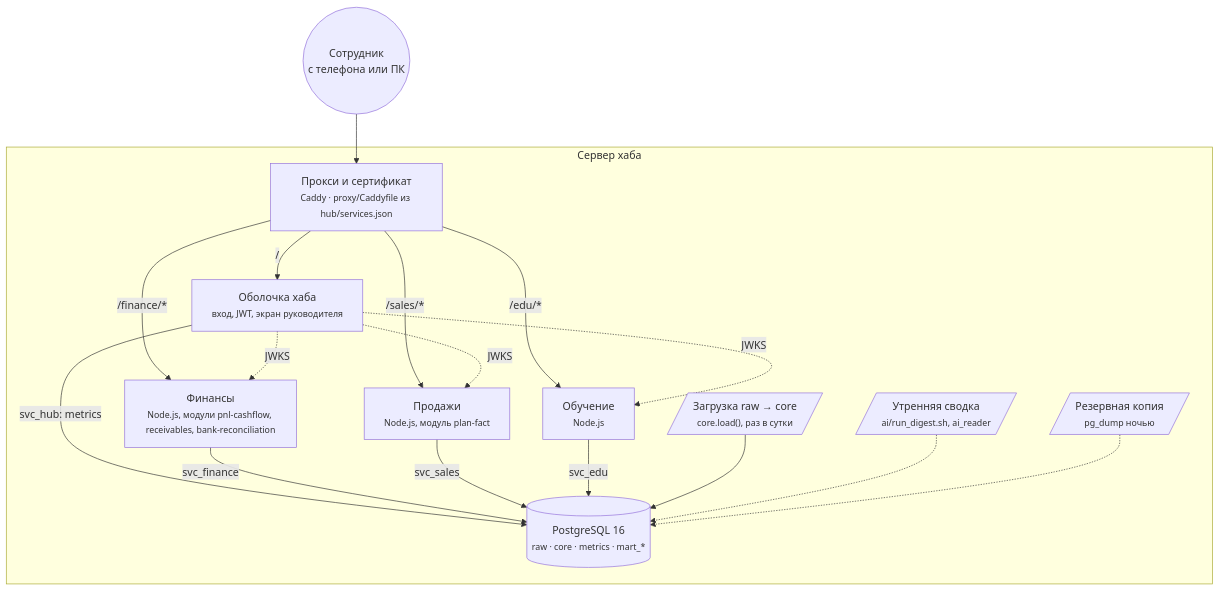
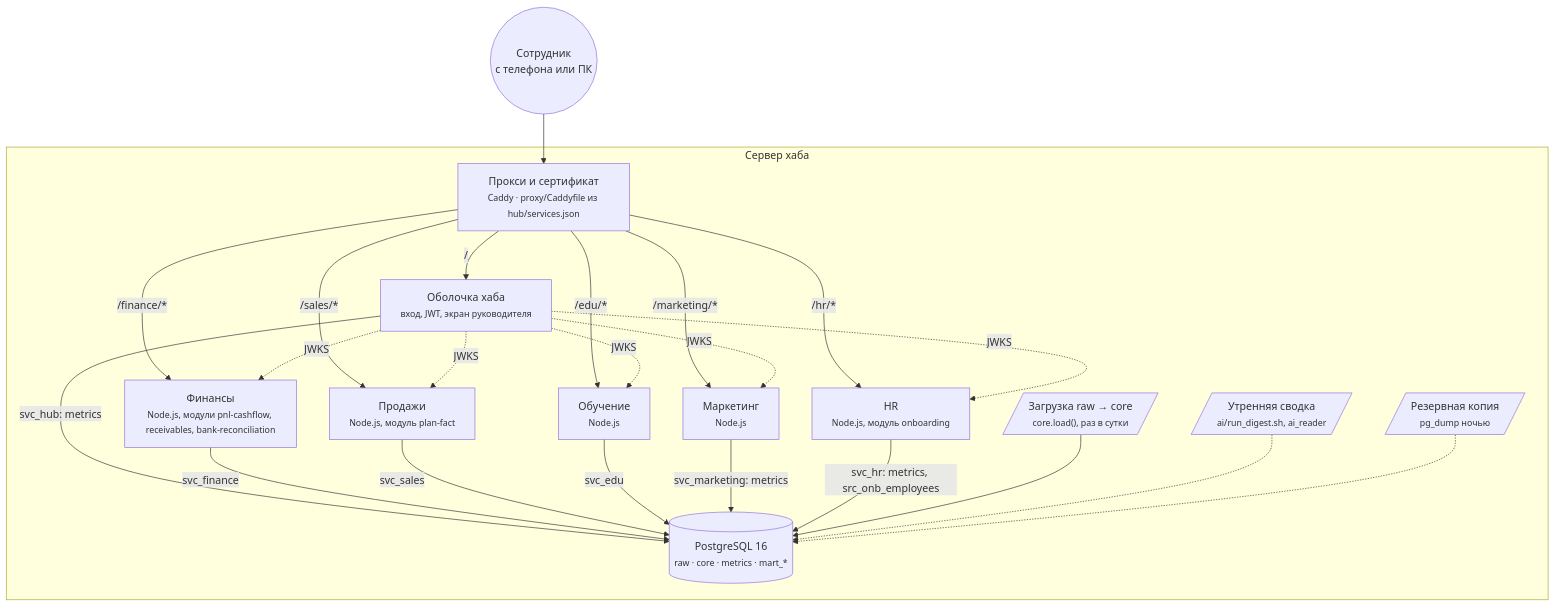
The second of 5 diagrams in examples/airl-hub-demo/ARCHITECTURE.md (aza9908/airl-skills), drawn with Mermaid before and after one commit. The commit also changed other lines of this file and 123 other files, not shown here.

````diff
--- a/examples/airl-hub-demo/ARCHITECTURE.md
+++ b/examples/airl-hub-demo/ARCHITECTURE.md
@@ -54,19 +57,23 @@
 ```mermaid
 flowchart TB
     U((Сотрудник<br/>с телефона или ПК)) --> PX["Прокси и сертификат<br/><small>Caddy · proxy/Caddyfile из hub/services.json</small>"]
     subgraph Сервер хаба
         PX -->|/| HUB["Оболочка хаба<br/><small>вход, JWT, экран руководителя</small>"]
         PX -->|/finance/*| FIN["Финансы<br/><small>Node.js, модули pnl-cashflow, receivables, bank-reconciliation</small>"]
         PX -->|/sales/*| SAL["Продажи<br/><small>Node.js, модуль plan-fact</small>"]
+        PX -->|/marketing/*| MKT["Маркетинг<br/><small>Node.js</small>"]
         PX -->|/edu/*| EDU["Обучение<br/><small>Node.js</small>"]
-        HUB -.->|JWKS| FIN & SAL & EDU
+        PX -->|/hr/*| HR["HR<br/><small>Node.js, модуль onboarding</small>"]
+        HUB -.->|JWKS| FIN & SAL & MKT & EDU & HR
         DB[("PostgreSQL 16<br/><small>raw · core · metrics · mart_*</small>")]
         HUB -->|svc_hub: metrics| DB
         FIN -->|svc_finance| DB
         SAL -->|svc_sales| DB
         EDU -->|svc_edu| DB
+        MKT -->|svc_marketing: metrics| DB
+        HR -->|svc_hr: metrics, src_onb_employees| DB
         JOB[/"Загрузка raw → core<br/><small>core.load(), раз в сутки</small>"/] --> DB
         AI[/"Утренняя сводка<br/><small>ai/run_digest.sh, ai_reader</small>"/] -.-> DB
         BK[/"Резервная копия<br/><small>pg_dump ночью</small>"/] -.-> DB
     end
 ```
````
